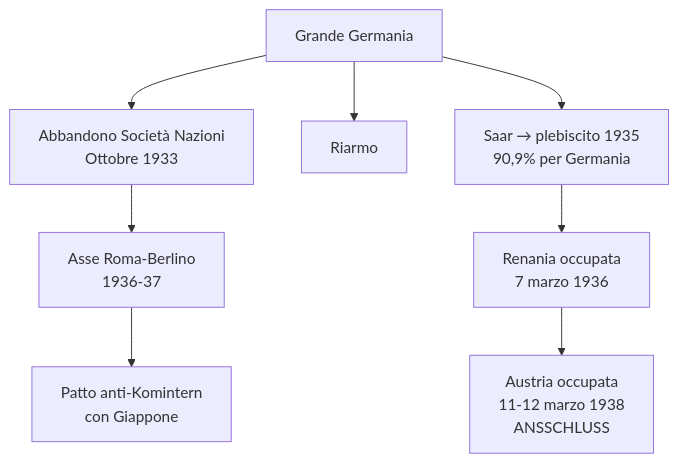
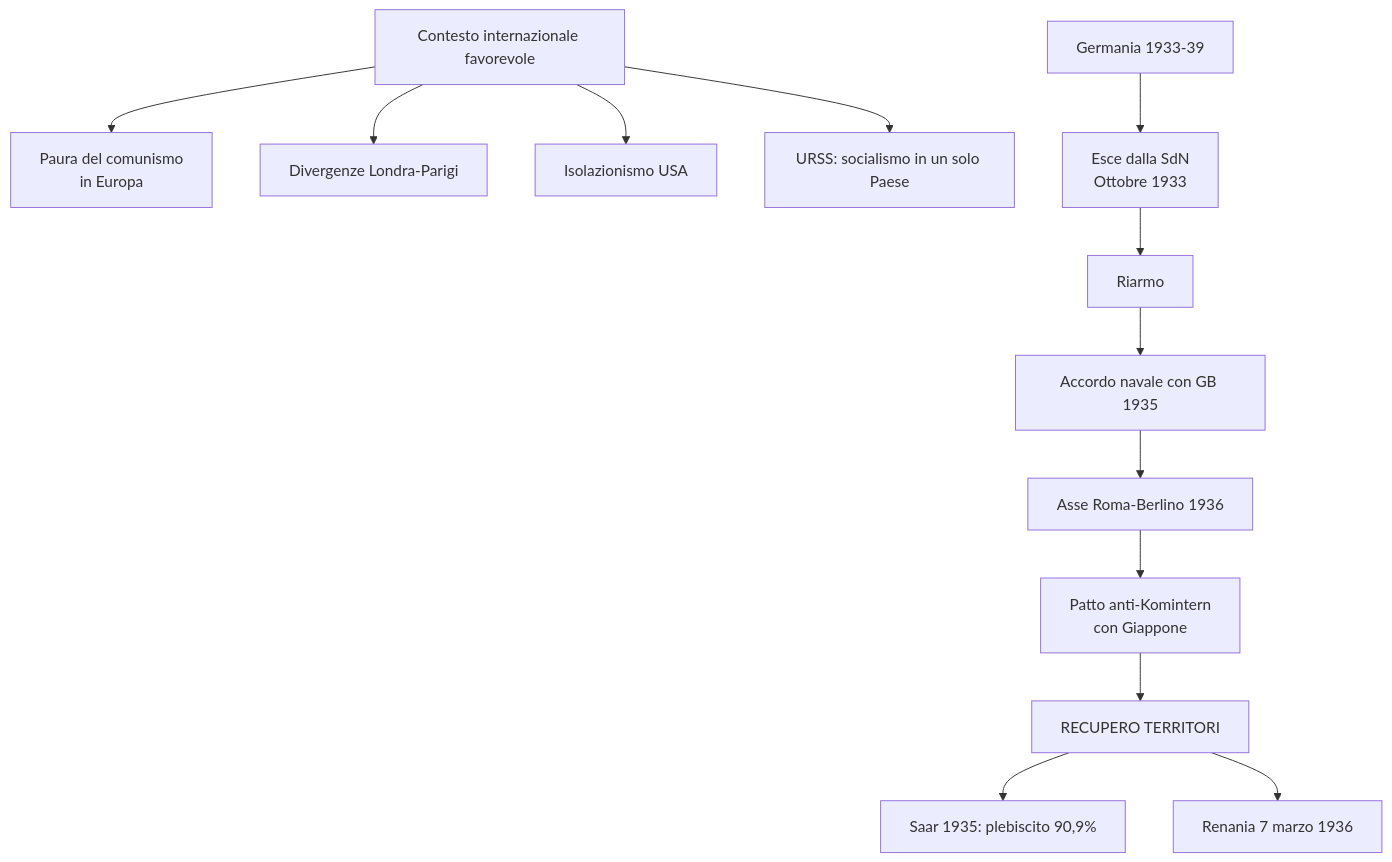
The eighth of 10 diagrams in storia/materiale/studio/capitolo_3.11_studio.md (riccardo-algorime/appunti-5Bsa), drawn with Mermaid before and after one commit. The commit also changed other lines of this file and 5 other files, not shown here.

````diff
--- a/storia/materiale/studio/capitolo_3.11_studio.md
+++ b/storia/materiale/studio/capitolo_3.11_studio.md
@@ -492,10 +346,15 @@
 ```mermaid
 flowchart TD
-    A[Grande Germania] --> B[Abbandono Società Nazioni<br/>Ottobre 1933]
-    A --> C[Riarmo]
-    B --> D[Asse Roma-Berlino<br/>1936-37]
-    D --> E[Patto anti-Komintern<br/>con Giappone]
-    A --> F[Saar → plebiscito 1935<br/>90,9% per Germania]
-    F --> G[Renania occupata<br/>7 marzo 1936]
-    G --> H[Austria occupata<br/>11-12 marzo 1938<br/>ANSSCHLUSS]
+    A[Contesto internazionale favorevole] --> B[Paura del comunismo<br/>in Europa]
+    A --> C[Divergenze Londra-Parigi]
+    A --> D[Isolazionismo USA]
+    A --> E[URSS: socialismo in un solo Paese]
+    F[Germania 1933-39] --> G[Esce dalla SdN<br/>Ottobre 1933]
+    G --> H[Riarmo]
+    H --> I[Accordo navale con GB 1935]
+    I --> J[Asse Roma-Berlino 1936]
+    J --> K[Patto anti-Komintern<br/>con Giappone]
+    K --> L[RECUPERO TERRITORI]
+    L --> M[Saar 1935: plebiscito 90,9%]
+    L --> N[Renania 7 marzo 1936]
 ```
````
